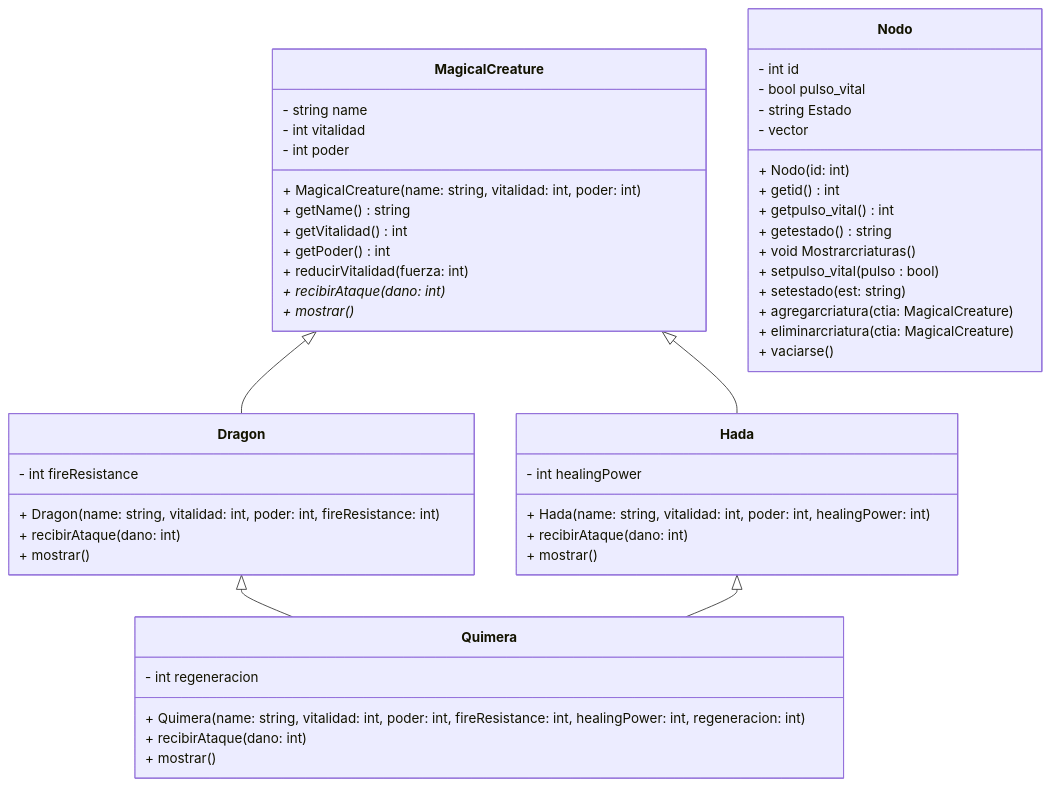
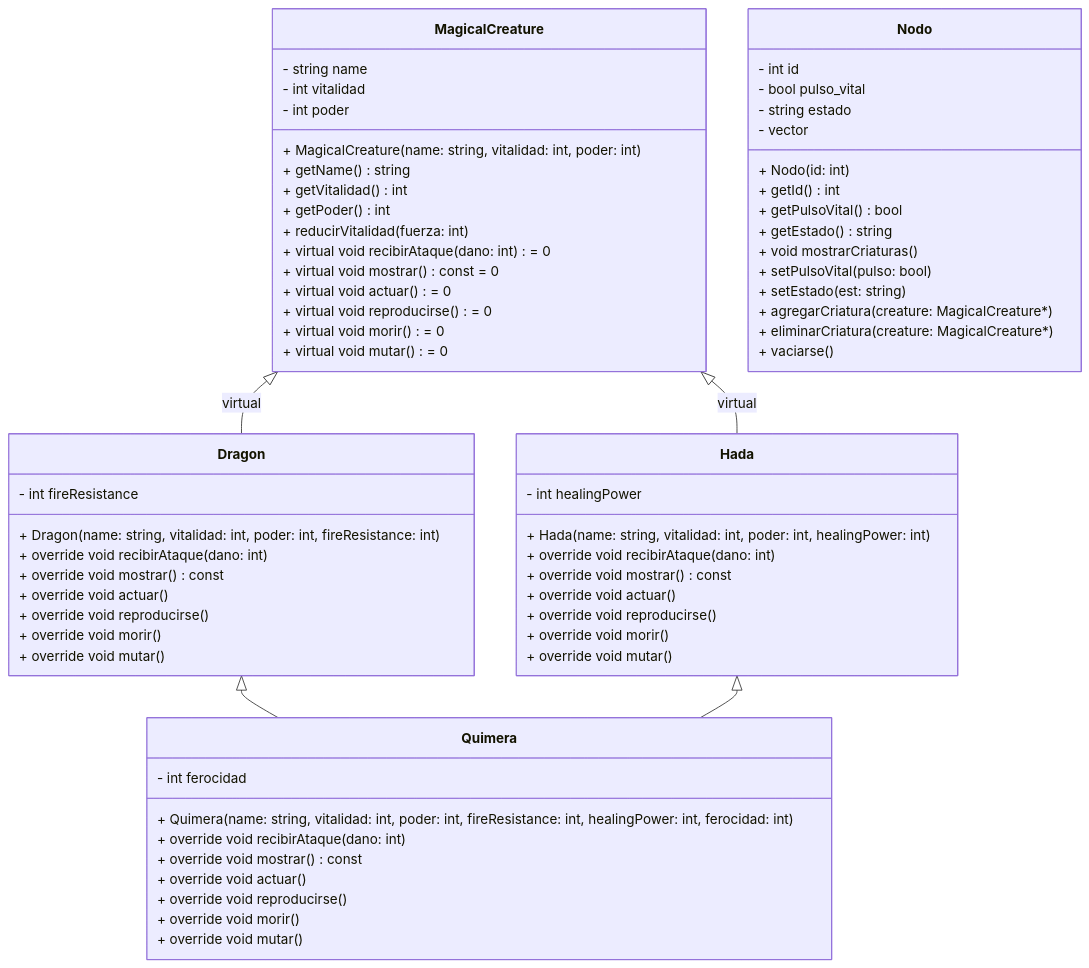
One commit to SantiTGS/ULM changed the diagram in Proyecto.md. Above: the diagram before and after it, drawn with Mermaid.

````diff
--- a/Proyecto.md
+++ b/Proyecto.md
@@ -1,58 +1,74 @@
 ```mermaid
 classDiagram
     class MagicalCreature {
         - string name
         - int vitalidad
         - int poder
         + MagicalCreature(name: string, vitalidad: int, poder: int)
         + getName() string
         + getVitalidad() int
         + getPoder() int
         + reducirVitalidad(fuerza: int)
-        + recibirAtaque(dano: int)*
-        + mostrar()*
+        + virtual void recibirAtaque(dano: int) = 0
+        + virtual void mostrar() const = 0
+        + virtual void actuar() = 0
+        + virtual void reproducirse() = 0
+        + virtual void morir() = 0
+        + virtual void mutar() = 0
     }
 
     class Dragon {
         - int fireResistance
         + Dragon(name: string, vitalidad: int, poder: int, fireResistance: int)
-        + recibirAtaque(dano: int)
-        + mostrar() 
+        + override void recibirAtaque(dano: int)
+        + override void mostrar() const
+        + override void actuar()
+        + override void reproducirse()
+        + override void morir()
+        + override void mutar()
     }
 
     class Hada {
         - int healingPower
         + Hada(name: string, vitalidad: int, poder: int, healingPower: int)
-        + recibirAtaque(dano: int)
-        + mostrar()
+        + override void recibirAtaque(dano: int)
+        + override void mostrar() const
+        + override void actuar()
+        + override void reproducirse()
+        + override void morir()
+        + override void mutar()
     }
 
     class Nodo {
         - int id
         - bool pulso_vital
-        - string Estado
-        - vector <MagicalCreature>
+        - string estado
+        - vector<MagicalCreature*>
         + Nodo(id: int)
-        + getid() int
-        + getpulso_vital() int
-        + getestado() string
-        + void Mostrarcriaturas()
-        + setpulso_vital(pulso : bool)
-        + setestado(est: string)
-        + agregarcriatura(ctia: MagicalCreature)
-        + eliminarcriatura(ctia: MagicalCreature)
+        + getId() int
+        + getPulsoVital() bool
+        + getEstado() string
+        + void mostrarCriaturas()
+        + setPulsoVital(pulso: bool)
+        + setEstado(est: string)
+        + agregarCriatura(creature: MagicalCreature*)
+        + eliminarCriatura(creature: MagicalCreature*)
         + vaciarse()
     }
 
     class Quimera {
-        - int regeneracion
-        + Quimera(name: string, vitalidad: int, poder: int, fireResistance: int, healingPower: int, regeneracion: int)
-        + recibirAtaque(dano: int)
-        + mostrar()
+        - int ferocidad
+        + Quimera(name: string, vitalidad: int, poder: int, fireResistance: int, healingPower: int, ferocidad: int)
+        + override void recibirAtaque(dano: int)
+        + override void mostrar() const
+        + override void actuar()
+        + override void reproducirse()
+        + override void morir()
+        + override void mutar()
     }
 
-    MagicalCreature <|-- Dragon
-    MagicalCreature <|-- Hada
+    MagicalCreature <|-- Dragon : virtual
+    MagicalCreature <|-- Hada : virtual
     Dragon <|-- Quimera
     Hada <|-- Quimera
 ```
````
